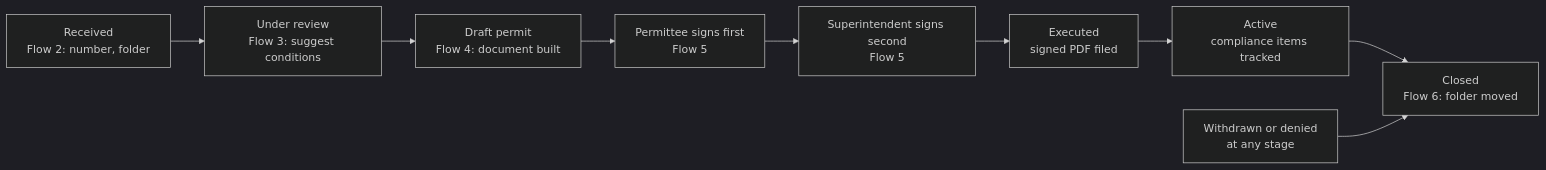
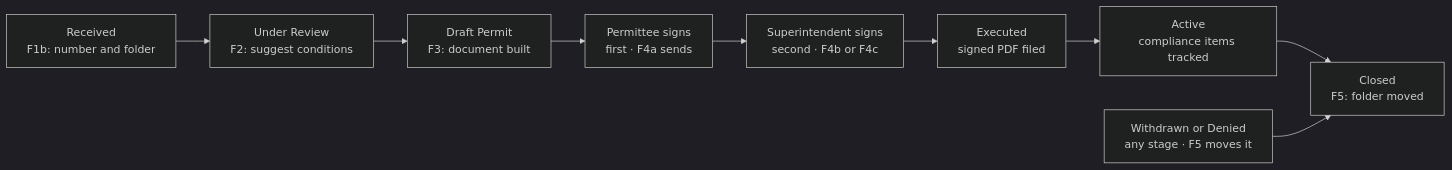
One commit to slapner/special-use-permit-m365 changed the second of 2 diagrams in docs/build-guide.md. Above: the diagram before and after it, drawn with Mermaid (dark theme). The commit also changed other lines of this file and 2 other files, not shown here.

````diff
--- a/docs/build-guide.md
+++ b/docs/build-guide.md
@@ -244,11 +565,11 @@
 ```mermaid
 flowchart LR
-  A["Received<br/>Flow 2: number, folder"] --> B["Under review<br/>Flow 3: suggest conditions"]
-  B --> C["Draft permit<br/>Flow 4: document built"]
-  C --> D["Permittee signs first<br/>Flow 5"]
-  D --> E["Superintendent signs second<br/>Flow 5"]
+  A["Received<br/>F1b: number and folder"] --> B["Under Review<br/>F2: suggest conditions"]
+  B --> C["Draft Permit<br/>F3: document built"]
+  C --> D["Permittee signs<br/>first · F4a sends"]
+  D --> E["Superintendent signs<br/>second · F4b or F4c"]
   E --> F["Executed<br/>signed PDF filed"]
   F --> G["Active<br/>compliance items tracked"]
-  G --> H["Closed<br/>Flow 6: folder moved"]
-  W["Withdrawn or denied<br/>at any stage"] --> H
+  G --> H["Closed<br/>F5: folder moved"]
+  W["Withdrawn or Denied<br/>any stage · F5 moves it"] --> H
 ```
````
